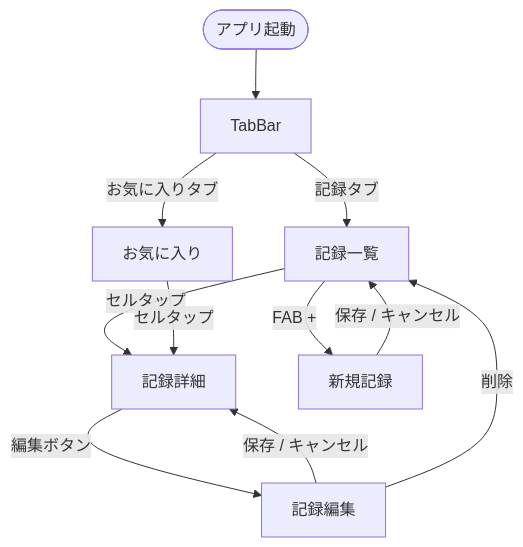
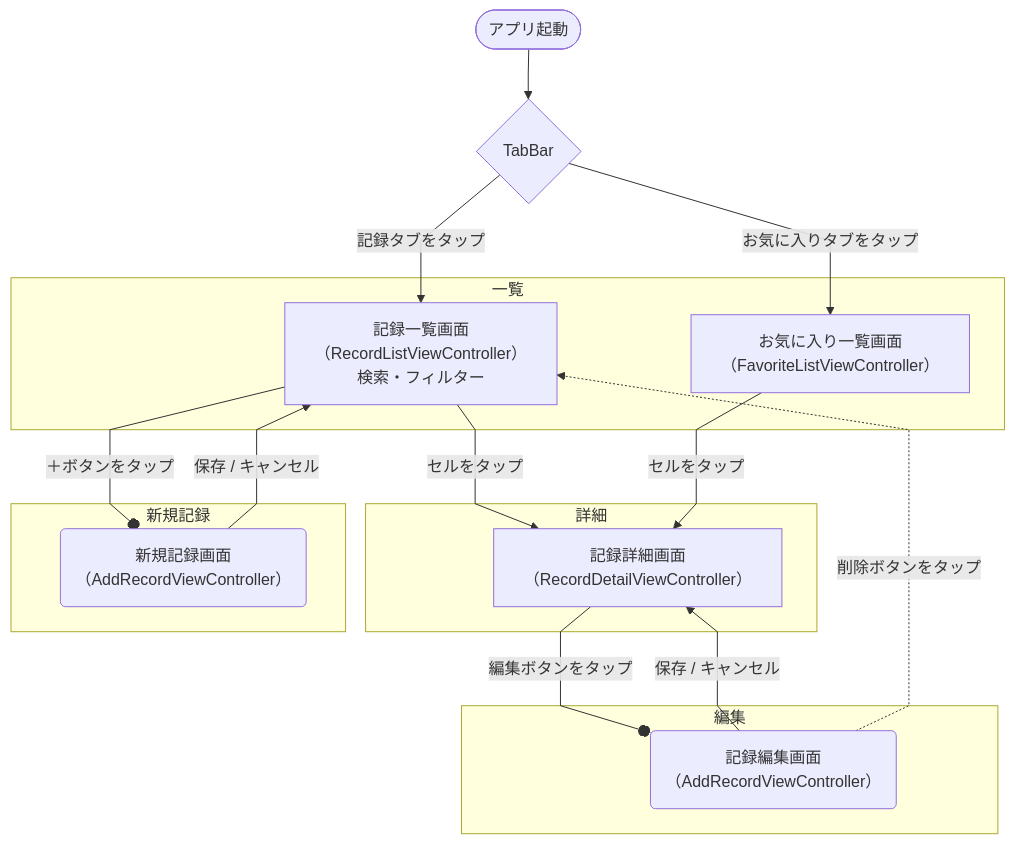
The diagram in README.md (yagi-shi/app-mennikki), drawn with Mermaid before and after one commit. The commit also changed other lines of this file, not shown here.

Commit message:
アプリ紹介のために内容を最適化

````diff
--- a/README.md
+++ b/README.md
@@ -56,18 +74,44 @@
 ```mermaid
+---
+config:
+  flowchart:
+    curve: linear
+---
 flowchart TD
-    Launch([アプリ起動]) --> TabBar
 
-    TabBar -->|記録タブ| List[記録一覧]
-    TabBar -->|お気に入りタブ| Fav[お気に入り]
+    %% ── 起動 ──
+    Launch([アプリ起動]) --> TabBar{TabBar}
 
-    List -->|セルタップ| Detail[記録詳細]
-    Fav  -->|セルタップ| Detail
+    %% ── 一覧（タブ切り替え） ──
+    subgraph 一覧
+        List["記録一覧画面（RecordListViewController）検索・フィルター"]
+        Fav["お気に入り一覧画面（FavoriteListViewController）"]
+    end
 
-    List -->|FAB +| Add[新規記録]
+    TabBar -->|"記録タブをタップ"| List
+    TabBar -->|"お気に入りタブをタップ"| Fav
 
-    Detail -->|編集ボタン| Edit[記録編集]
+    %% ── 詳細・編集 ──
+    subgraph 詳細
+        Detail["記録詳細画面（RecordDetailViewController）"]
+    end
 
-    Add  -->|保存 / キャンセル| List
-    Edit -->|保存 / キャンセル| Detail
-    Edit -->|削除| List
+    List -->|"セルをタップ"| Detail
+    Fav  -->|"セルをタップ"| Detail
+
+    subgraph 編集
+        Edit("記録編集画面（AddRecordViewController）")
+    end
+
+    Detail --o|"編集ボタンをタップ"| Edit
+    Edit -->|"保存 / キャンセル"| Detail
+    Edit -.->|"削除ボタンをタップ"| List
+
+    %% ── 新規記録（モーダル） ──
+    subgraph 新規記録
+        Add("新規記録画面（AddRecordViewController）")
+    end
+
+    List --o|"＋ボタンをタップ"| Add
+    Add -->|"保存 / キャンセル"| List
 ```
````
